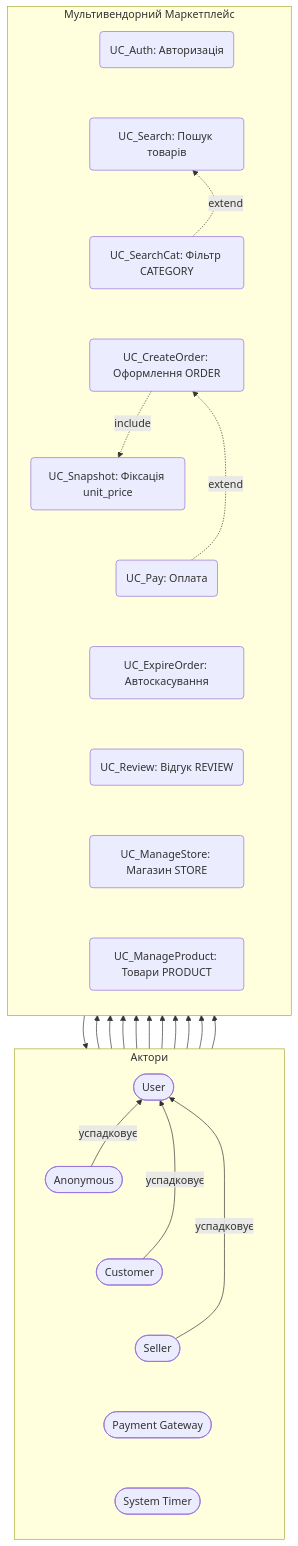
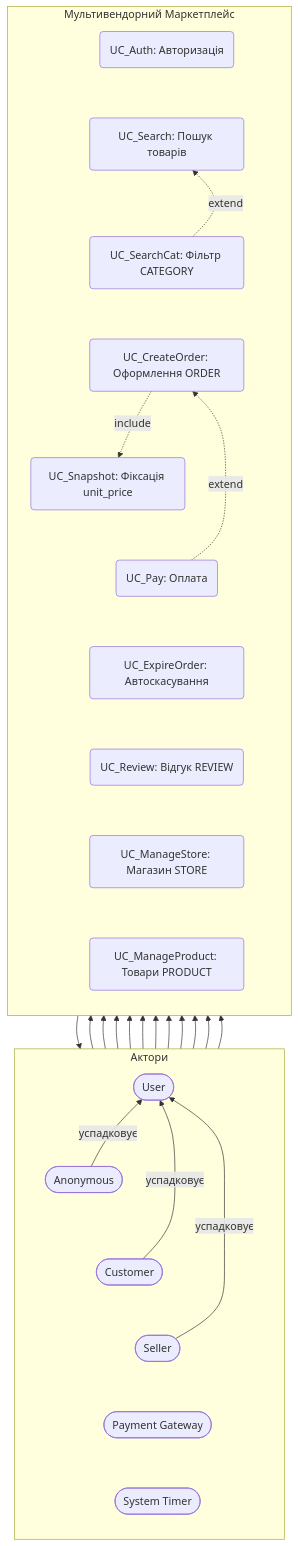
The diagram in task-2/README.md (Stefect/Modeling-and-Analysis-of-Software-Requirements), drawn with Mermaid before and after one commit. The commit also changed other lines of this file and 2 other files, not shown here.

Commit message:
Оновив специфікацію Use Cases: уточнив роль актора `Customer` у процесі оплати та додано новий файл DEFENSE.md для деталізації взаємодії в sequence-діаграмі.

````diff
--- a/task-2/README.md
+++ b/task-2/README.md
@@ -314,70 +314,71 @@
 ```mermaid
 flowchart TD
     %% --- Актори (колонка зверху вниз) ---
     subgraph Actors ["Актори"]
         direction TB
         User([User])
         Anonymous([Anonymous])
         Customer([Customer])
         Seller([Seller])
         PaymentGateway([Payment Gateway])
         SystemTimer([System Timer])
 
         User ~~~ Anonymous
         Anonymous ~~~ Customer
         Customer ~~~ Seller
         Seller ~~~ PaymentGateway
         PaymentGateway ~~~ SystemTimer
     end
 
     Anonymous -->|успадковує| User
     Customer -->|успадковує| User
     Seller -->|успадковує| User
 
     %% --- Межі системи ---
     subgraph Marketplace ["Мультивендорний Маркетплейс"]
         direction TB
 
         UC_Auth("UC_Auth: Авторизація")
         UC_Search("UC_Search: Пошук товарів")
         UC_SearchCat("UC_SearchCat: Фільтр CATEGORY")
         UC_CreateOrder("UC_CreateOrder: Оформлення ORDER")
         UC_Snapshot("UC_Snapshot: Фіксація unit_price")
         UC_Pay("UC_Pay: Оплата")
         UC_ExpireOrder("UC_ExpireOrder: Автоскасування")
         UC_Review("UC_Review: Відгук REVIEW")
         UC_ManageStore("UC_ManageStore: Магазин STORE")
         UC_ManageProduct("UC_ManageProduct: Товари PRODUCT")
 
         %% Примусовий вертикальний порядок
         UC_Auth ~~~ UC_Search
         UC_Search ~~~ UC_SearchCat
         UC_SearchCat ~~~ UC_CreateOrder
         UC_CreateOrder ~~~ UC_Snapshot
         UC_Snapshot ~~~ UC_Pay
         UC_Pay ~~~ UC_ExpireOrder
         UC_ExpireOrder ~~~ UC_Review
         UC_Review ~~~ UC_ManageStore
         UC_ManageStore ~~~ UC_ManageProduct
 
         %% Логічні залежності
         UC_CreateOrder -. include .-> UC_Snapshot
         UC_Pay -. extend .-> UC_CreateOrder
         UC_SearchCat -. extend .-> UC_Search
     end
 
     %% --- Зв'язки Акторів ---
     User --> UC_Auth
     Anonymous --> UC_Search
     Anonymous --> UC_Auth
     Customer --> UC_Search
     Customer --> UC_SearchCat
     Customer --> UC_CreateOrder
+    Customer --> UC_Pay
     Customer --> UC_Review
 
     Seller --> UC_ManageStore
     Seller --> UC_ManageProduct
 
     UC_Pay --> PaymentGateway
     SystemTimer --> UC_ExpireOrder
 ```
````
